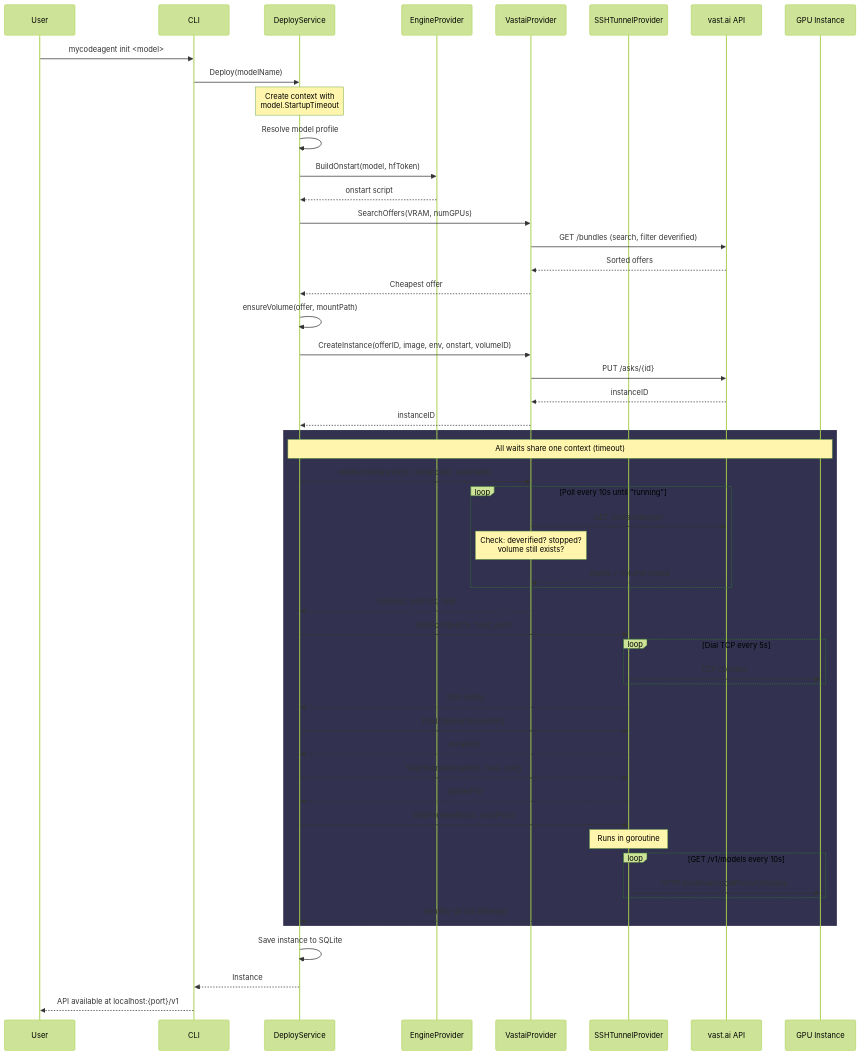
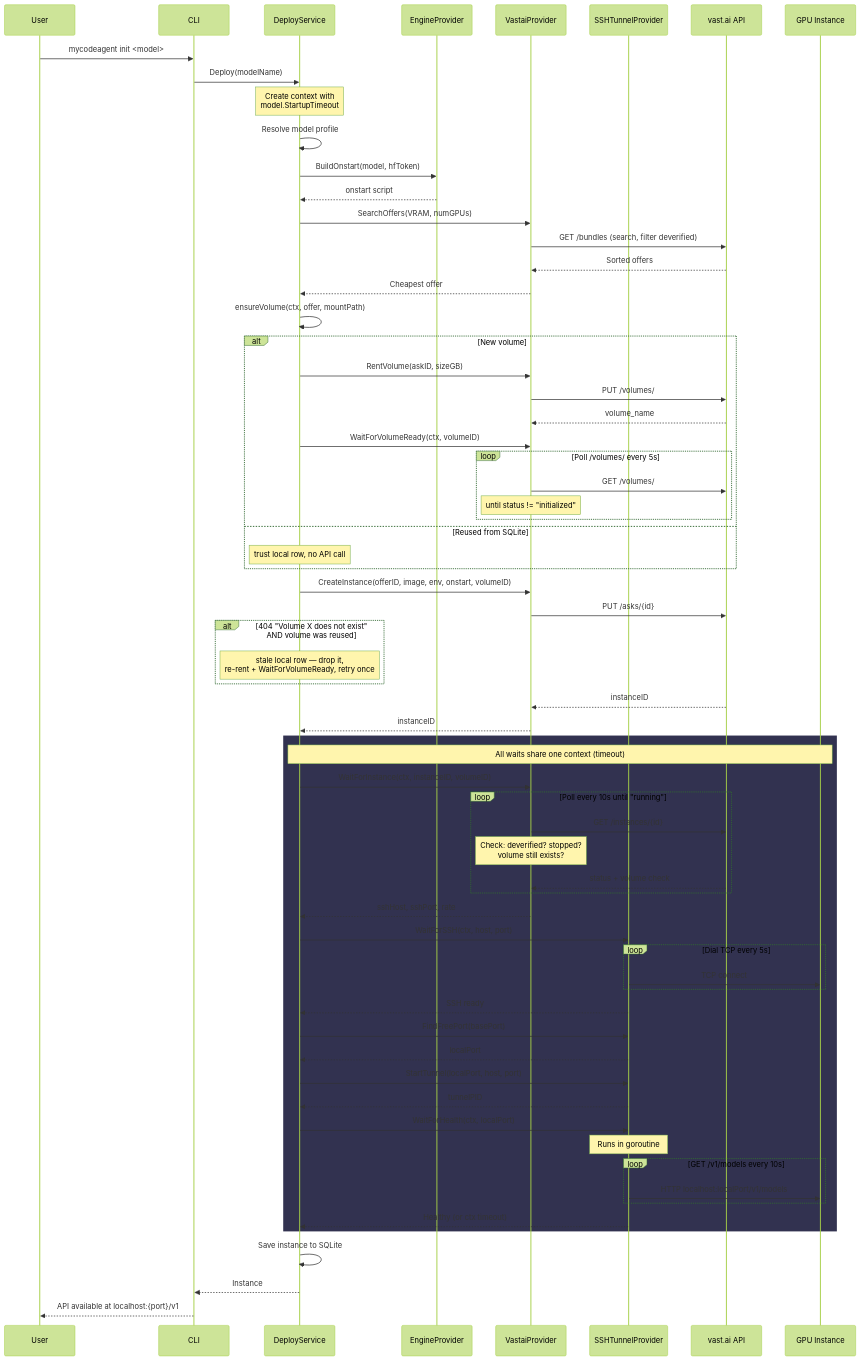
The second of 7 diagrams in docs/Solution.md (WWTLF/mycodeagent), drawn with Mermaid (forest theme) before and after one commit. The commit also changed other lines of this file and 14 other files, not shown here.

````diff
--- a/docs/Solution.md
+++ b/docs/Solution.md
@@ -66,64 +66,79 @@
 ```mermaid
 sequenceDiagram
     participant User
     participant CLI
     participant DeployService
     participant EngineProvider
     participant VastaiProvider
     participant SSHTunnelProvider
     participant VastAI as vast.ai API
     participant Remote as GPU Instance
 
     User->>CLI: mycodeagent init <model>
     CLI->>DeployService: Deploy(modelName)
 
     Note over DeployService: Create context with<br/>model.StartupTimeout
 
     DeployService->>DeployService: Resolve model profile
     DeployService->>EngineProvider: BuildOnstart(model, hfToken)
     EngineProvider-->>DeployService: onstart script
     DeployService->>VastaiProvider: SearchOffers(VRAM, numGPUs)
     VastaiProvider->>VastAI: GET /bundles (search, filter deverified)
     VastAI-->>VastaiProvider: Sorted offers
     VastaiProvider-->>DeployService: Cheapest offer
 
-    DeployService->>DeployService: ensureVolume(offer, mountPath)
+    DeployService->>DeployService: ensureVolume(ctx, offer, mountPath)
+    alt New volume
+        DeployService->>VastaiProvider: RentVolume(askID, sizeGB)
+        VastaiProvider->>VastAI: PUT /volumes/
+        VastAI-->>VastaiProvider: volume_name
+        DeployService->>VastaiProvider: WaitForVolumeReady(ctx, volumeID)
+        loop Poll /volumes/ every 5s
+            VastaiProvider->>VastAI: GET /volumes/
+            Note over VastaiProvider: until status != "initialized"
+        end
+    else Reused from SQLite
+        Note over DeployService: trust local row, no API call
+    end
     DeployService->>VastaiProvider: CreateInstance(offerID, image, env, onstart, volumeID)
     VastaiProvider->>VastAI: PUT /asks/{id}
+    alt 404 "Volume X does not exist" AND volume was reused
+        Note over DeployService: stale local row — drop it,<br/>re-rent + WaitForVolumeReady, retry once
+    end
     VastAI-->>VastaiProvider: instanceID
     VastaiProvider-->>DeployService: instanceID
 
     rect rgb(50, 50, 80)
         Note over DeployService,Remote: All waits share one context (timeout)
         DeployService->>VastaiProvider: WaitForInstance(ctx, instanceID, volumeID)
         loop Poll every 10s until "running"
             VastaiProvider->>VastAI: GET /instances/{id}
             Note over VastaiProvider: Check: deverified? stopped?<br/>volume still exists?
             VastAI-->>VastaiProvider: status + volume check
         end
         VastaiProvider-->>DeployService: sshHost, sshPort, rate
 
         DeployService->>SSHTunnelProvider: WaitForSSH(ctx, host, port)
         loop Dial TCP every 5s
             SSHTunnelProvider->>Remote: TCP connect
         end
         SSHTunnelProvider-->>DeployService: SSH ready
 
         DeployService->>SSHTunnelProvider: FindFreePort(basePort)
         SSHTunnelProvider-->>DeployService: localPort
 
         DeployService->>SSHTunnelProvider: StartTunnel(localPort, host, port)
         SSHTunnelProvider-->>DeployService: tunnelPID
 
         DeployService->>SSHTunnelProvider: WaitForHealth(ctx, localPort)
         Note over SSHTunnelProvider: Runs in goroutine
         loop GET /v1/models every 10s
             SSHTunnelProvider->>Remote: HTTP localhost:localPort/v1/models
         end
         SSHTunnelProvider-->>DeployService: Healthy (or ctx timeout)
     end
 
     DeployService->>DeployService: Save instance to SQLite
     DeployService-->>CLI: Instance
     CLI-->>User: API available at localhost:{port}/v1
 ```
````
